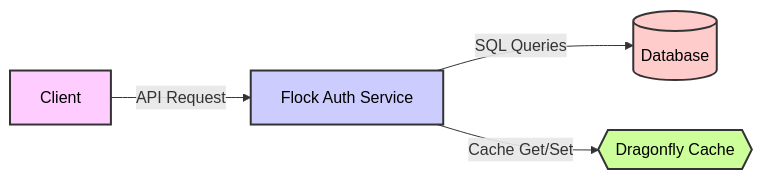
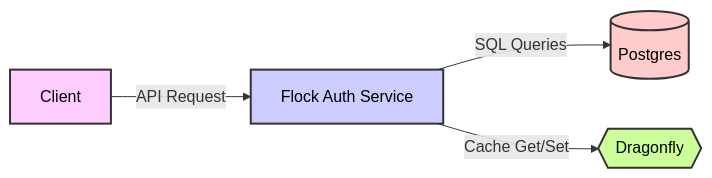
One commit to flock-eng/flock changed the diagram in flock-auth-service/database/README.md. Above: the diagram before and after it, drawn with Mermaid.

````diff
--- a/flock-auth-service/database/README.md
+++ b/flock-auth-service/database/README.md
@@ -20,11 +20,11 @@
 ```mermaid
 flowchart LR
     A[Client] -->|API Request| B[Flock Auth Service]
-    B -->|SQL Queries| C@{ shape: cyl, label: "Database" }
-    B -->|Cache Get/Set| D{{Dragonfly Cache}}
+    B -->|SQL Queries| C@{ shape: cyl, label: "Postgres" }
+    B -->|Cache Get/Set| D{{Dragonfly}}
 
     style A fill:#ffccff,stroke:#333,stroke-width:2px,color:#000
     style B fill:#ccccff,stroke:#333,stroke-width:2px,color:#000
     style C fill:#ffcccc,stroke:#333,stroke-width:2px,color:#000
     style D fill:#ccff99,stroke:#333,stroke-width:2px,color:#000
 ```
````
